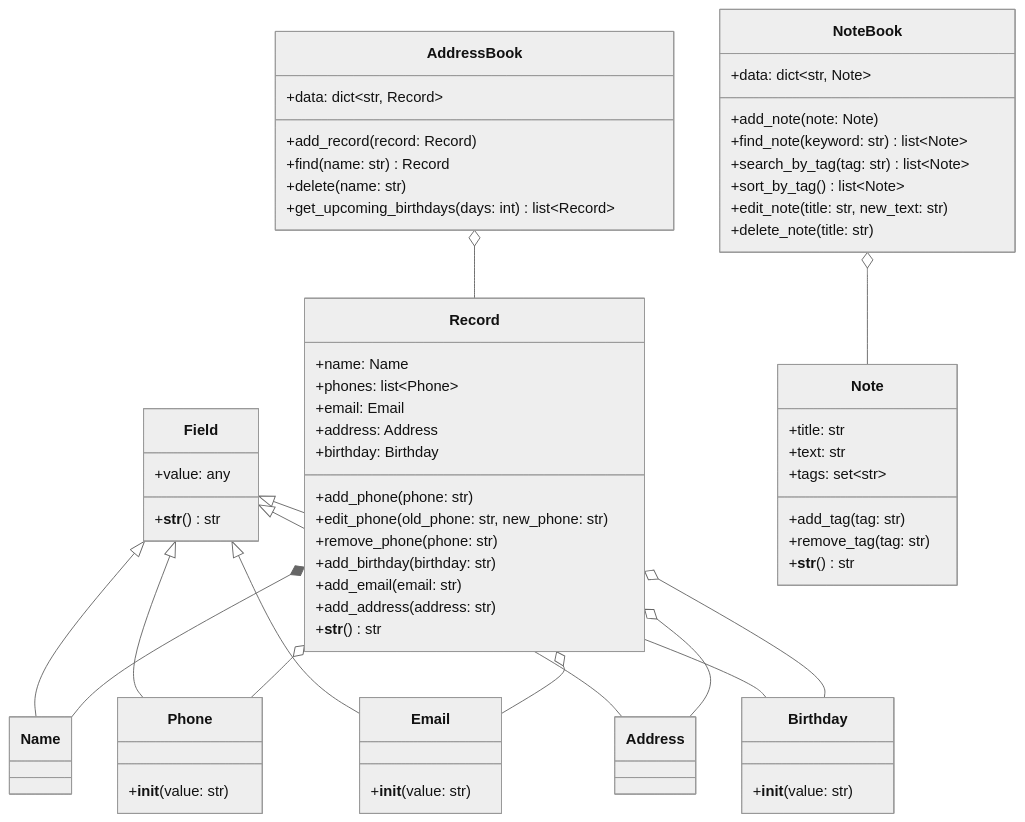
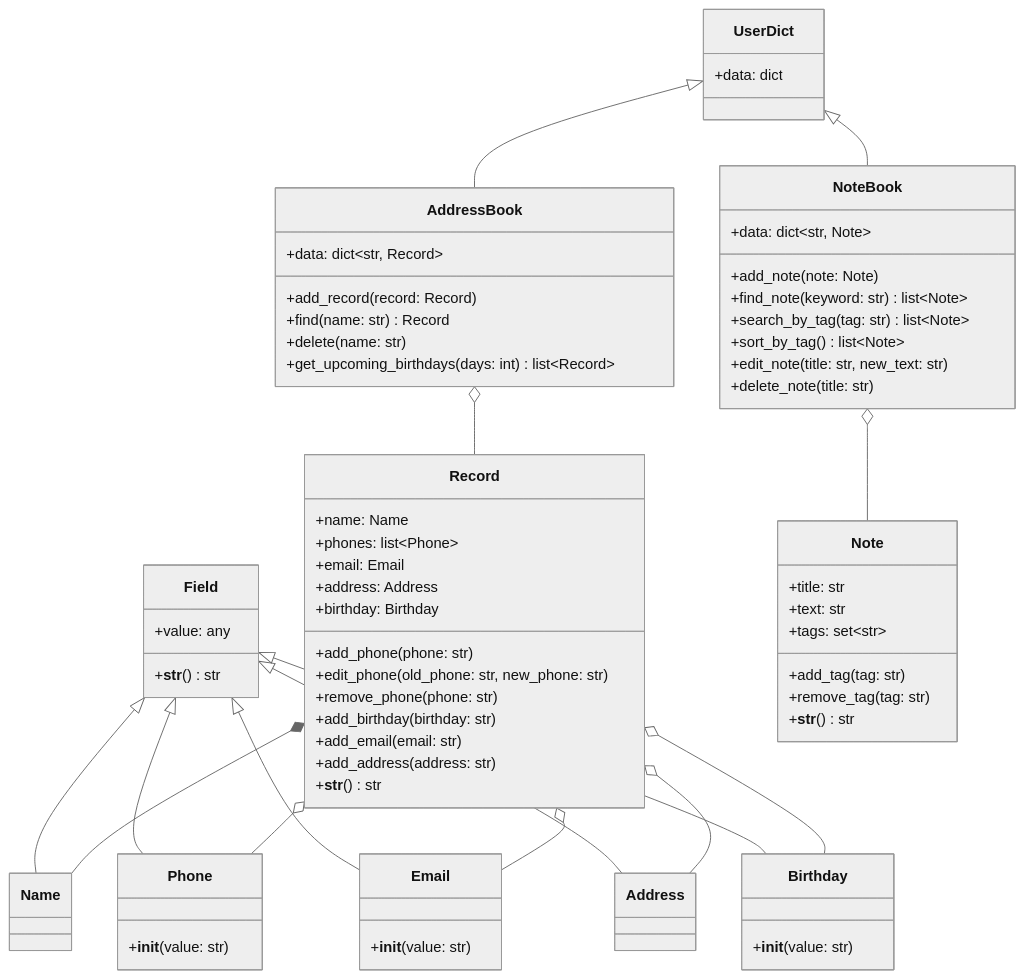
The diagram in README.md (onagorniy-ui/project-CodeCrew), drawn with Mermaid (neutral theme) before and after one commit.

Commit message:
Додав базовий клас UserDict до Mermaid діаграми в README

````diff
--- a/README.md
+++ b/README.md
@@ -39,5 +39,9 @@
 ```mermaid
 classDiagram
+    class UserDict {
+        +data: dict
+    }
+
     class Field {
         +value: any
         +__str__() str
@@ -103,18 +107,21 @@
         +delete_note(title: str)
     }
 
+    UserDict <|-- AddressBook
+    UserDict <|-- NoteBook
+
     Field <|-- Name
     Field <|-- Phone
     Field <|-- Email
     Field <|-- Address
     Field <|-- Birthday
 
+    AddressBook o-- Record
     Record *-- Name
     Record o-- Phone
     Record o-- Email
     Record o-- Address
     Record o-- Birthday
 
-    AddressBook o-- Record
     NoteBook o-- Note
 ```
````
